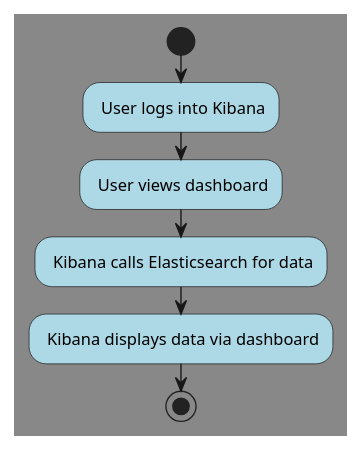
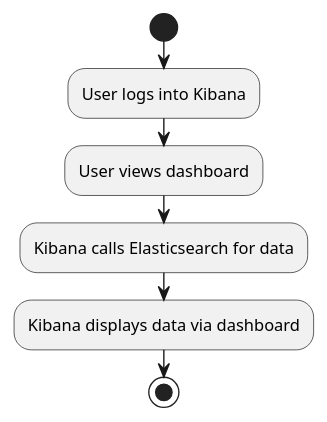
One commit to james-cathcart/indoor-weather-server changed the diagram in docs/user-flow.puml. Above: the diagram before and after it, drawn with PlantUML. The commit also changed 11 other files, not shown here.

```diff
--- a/docs/user-flow.puml
+++ b/docs/user-flow.puml
@@ -1,15 +1,11 @@
 @startuml
 'https://plantuml.com/activity-diagram-beta
 
-skinparam {
-    backgroundColor #888
-}
-
 start
-    #LightBlue: User logs into Kibana;
-    #LightBlue: User views dashboard;
-    #LightBlue: Kibana calls Elasticsearch for data;
-    #LightBlue: Kibana displays data via dashboard;
+:User logs into Kibana;
+:User views dashboard;
+:Kibana calls Elasticsearch for data;
+:Kibana displays data via dashboard;
 stop
 
 @enduml
```
